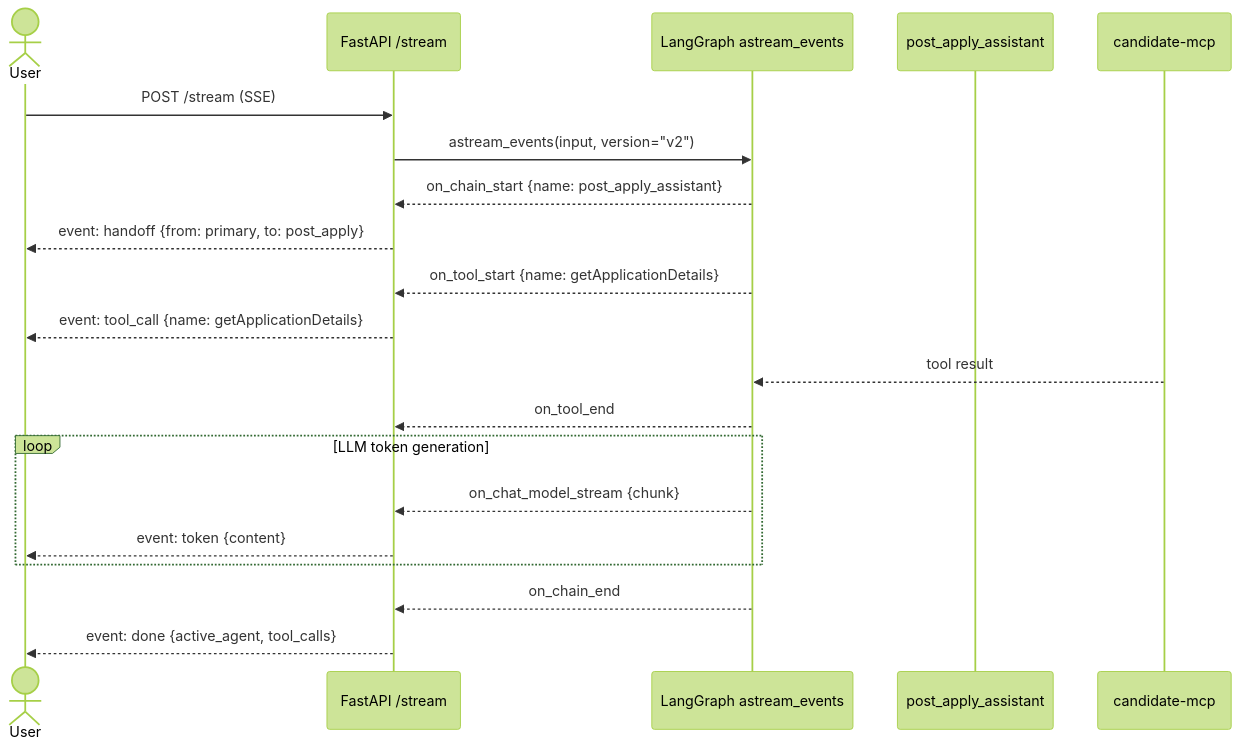
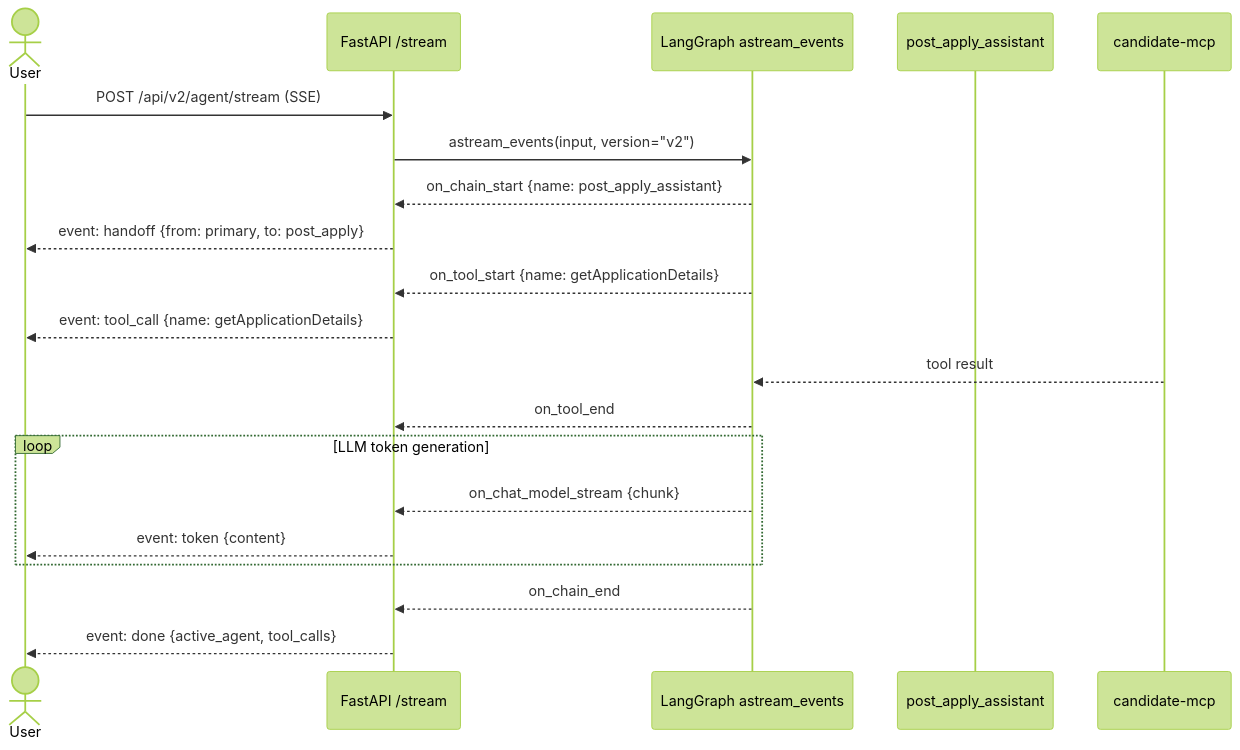
Diagram 17 of 30 in LLD_POST_APPLY_ASSISTANT.md (venkat-raman17/candidate-agent), drawn with Mermaid (forest theme) before and after one commit. The commit also changed other lines of this file, not shown here.

````diff
--- a/LLD_POST_APPLY_ASSISTANT.md
+++ b/LLD_POST_APPLY_ASSISTANT.md
@@ -986,28 +989,28 @@
 ```mermaid
 sequenceDiagram
     actor User
     participant API as FastAPI /stream
     participant Graph as LangGraph astream_events
     participant PAA as post_apply_assistant
     participant CMCP as candidate-mcp
 
-    User->>API: POST /stream (SSE)
+    User->>API: POST /api/v2/agent/stream (SSE)
     API->>Graph: astream_events(input, version="v2")
 
     Graph-->>API: on_chain_start {name: post_apply_assistant}
     API-->>User: event: handoff {from: primary, to: post_apply}
 
     Graph-->>API: on_tool_start {name: getApplicationDetails}
     API-->>User: event: tool_call {name: getApplicationDetails}
 
     CMCP-->>Graph: tool result
     Graph-->>API: on_tool_end
 
     loop LLM token generation
         Graph-->>API: on_chat_model_stream {chunk}
         API-->>User: event: token {content}
     end
 
     Graph-->>API: on_chain_end
     API-->>User: event: done {active_agent, tool_calls}
 ```
````
